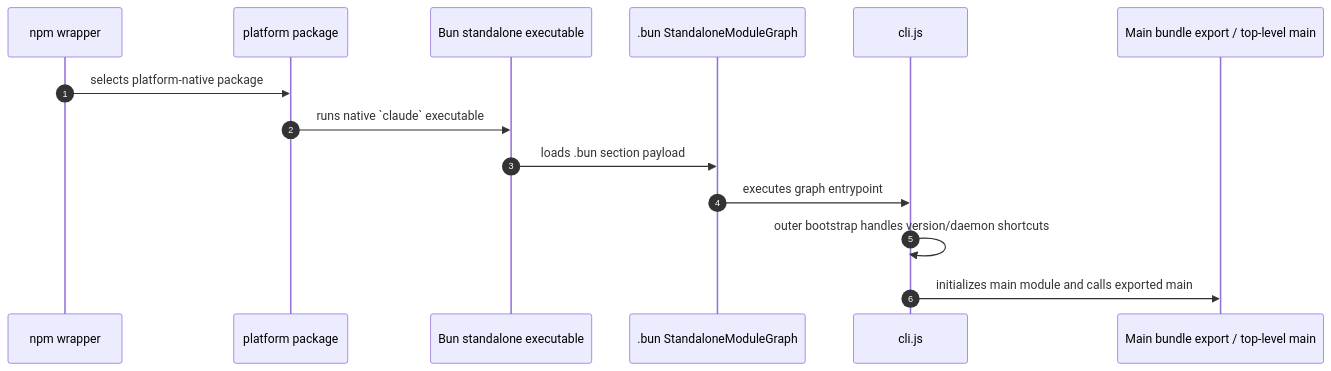
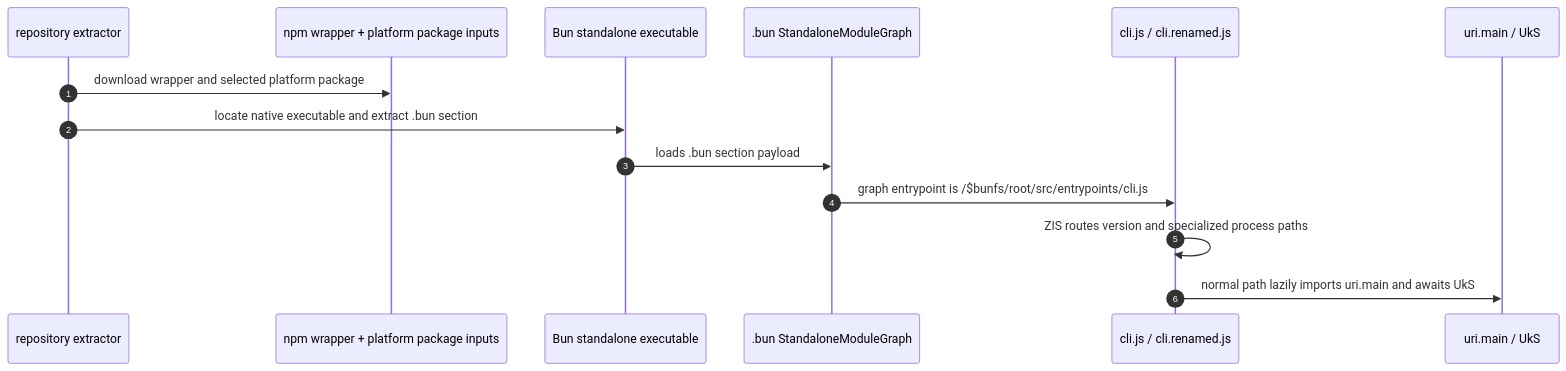
Before and after one commit to vibewatch/claude-code-internals: the diagram in docs/01-runtime-lifecycle/package-and-bun-bootstrap.md, drawn with Mermaid. The commit also changed other lines of this file and 46 other files, not shown here.

````diff
--- a/docs/01-runtime-lifecycle/package-and-bun-bootstrap.md
+++ b/docs/01-runtime-lifecycle/package-and-bun-bootstrap.md
@@ -18,17 +19,17 @@
 ```mermaid
 sequenceDiagram
     autonumber
-    participant Npm as npm wrapper
-    participant Native as platform package
+    participant Extract as repository extractor
+    participant Inputs as npm wrapper + platform package inputs
     participant Bun as Bun standalone executable
     participant Graph as .bun StandaloneModuleGraph
-    participant Cli as cli.js
-    participant Main as Main bundle export / top-level main
+    participant Cli as cli.js / cli.renamed.js
+    participant Main as uri.main / UkS
 
-    Npm->>Native: selects platform-native package
-    Native->>Bun: runs native `claude` executable
+    Extract->>Inputs: download wrapper and selected platform package
+    Extract->>Bun: locate native executable and extract .bun section
     Bun->>Graph: loads .bun section payload
-    Graph->>Cli: executes graph entrypoint
-    Cli->>Cli: outer bootstrap handles version/daemon shortcuts
-    Cli->>Main: initializes main module and calls exported main
+    Graph->>Cli: graph entrypoint is /$bunfs/root/src/entrypoints/cli.js
+    Cli->>Cli: ZIS routes version and specialized process paths
+    Cli->>Main: normal path lazily imports uri.main and awaits UkS
 ```
````
